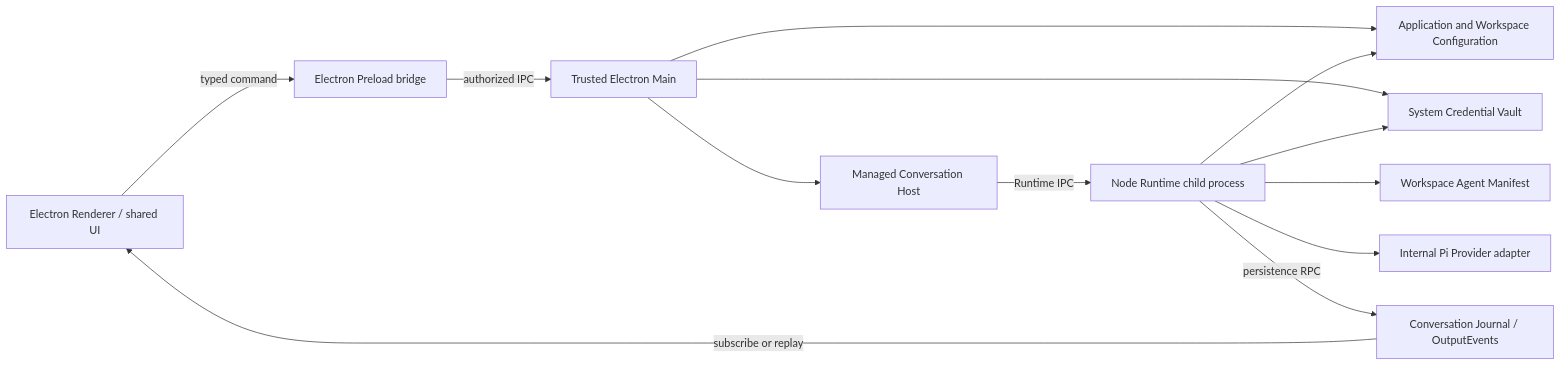
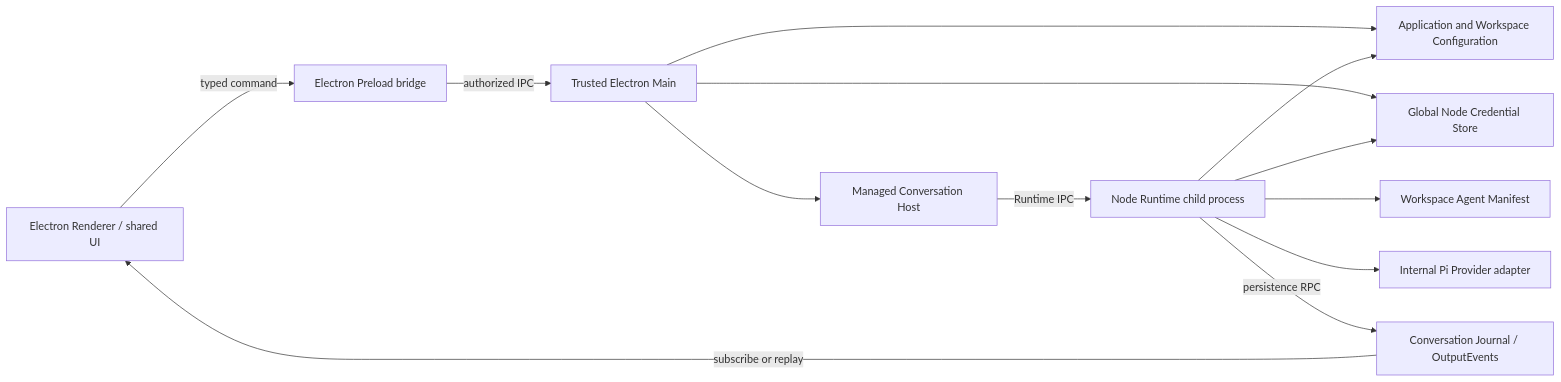
One commit to fanghuarunbalala/nova-writing changed the first of 2 diagrams in docs/desktop-runtime-integration-plan.md. Above: the diagram before and after it, drawn with Mermaid. The commit also changed other lines of this file and 2 other files, not shown here.

Commit message:
docs: accept plaintext credential storage for desktop v1

````diff
--- a/docs/desktop-runtime-integration-plan.md
+++ b/docs/desktop-runtime-integration-plan.md
@@ -61,26 +62,26 @@
 ```mermaid
 flowchart LR
     Renderer["Electron Renderer / shared UI"]
     Preload["Electron Preload bridge"]
     Main["Trusted Electron Main"]
     Config["Application and Workspace Configuration"]
-    Vault["System Credential Vault"]
+    Credentials["Global Node Credential Store"]
     Host["Managed Conversation Host"]
     Child["Node Runtime child process"]
     Manifest["Workspace Agent Manifest"]
     Provider["Internal Pi Provider adapter"]
     Journal["Conversation Journal / OutputEvents"]
 
     Renderer -->|typed command| Preload
     Preload -->|authorized IPC| Main
     Main --> Config
-    Main --> Vault
+    Main --> Credentials
     Main --> Host
     Host -->|Runtime IPC| Child
     Child --> Config
-    Child --> Vault
+    Child --> Credentials
     Child --> Manifest
     Child --> Provider
     Child -->|persistence RPC| Journal
     Journal -->|subscribe or replay| Renderer
 ```
````
